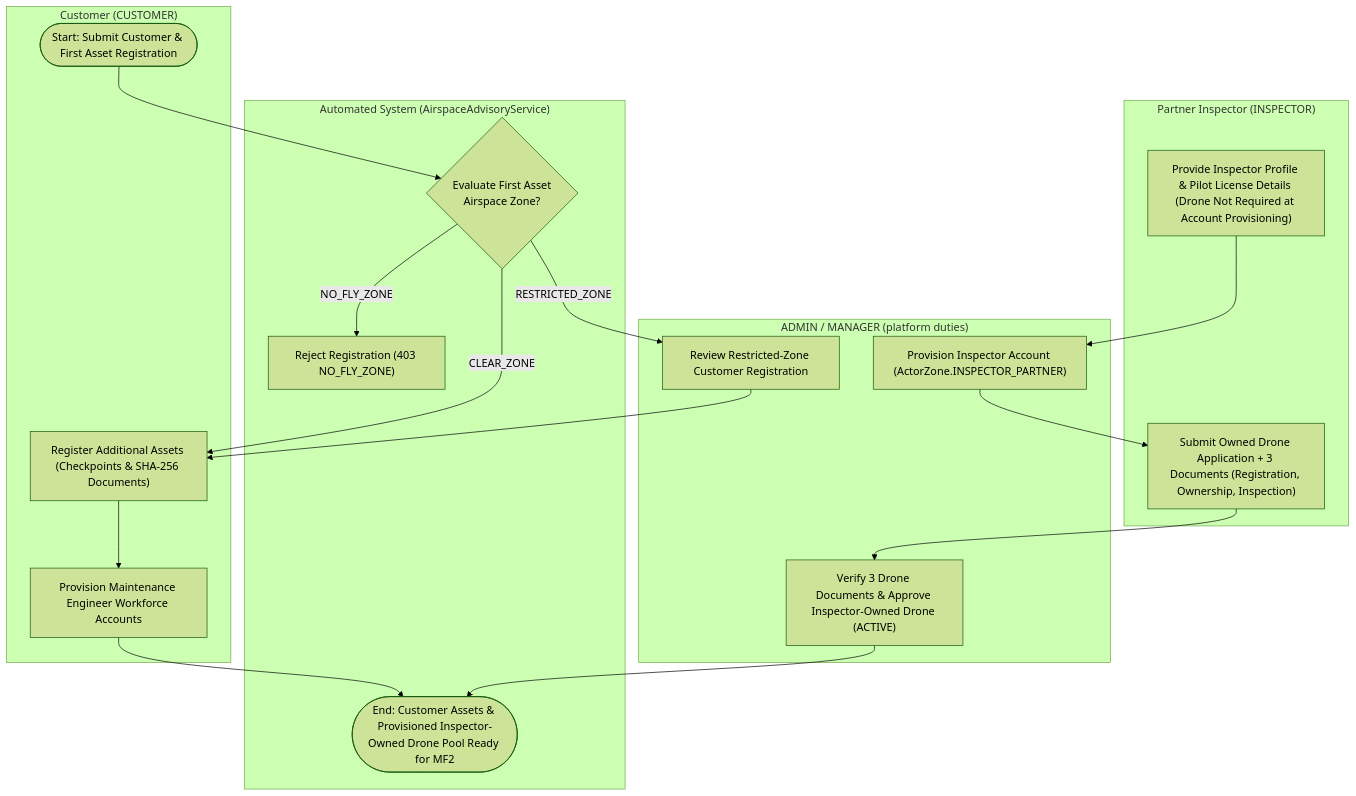
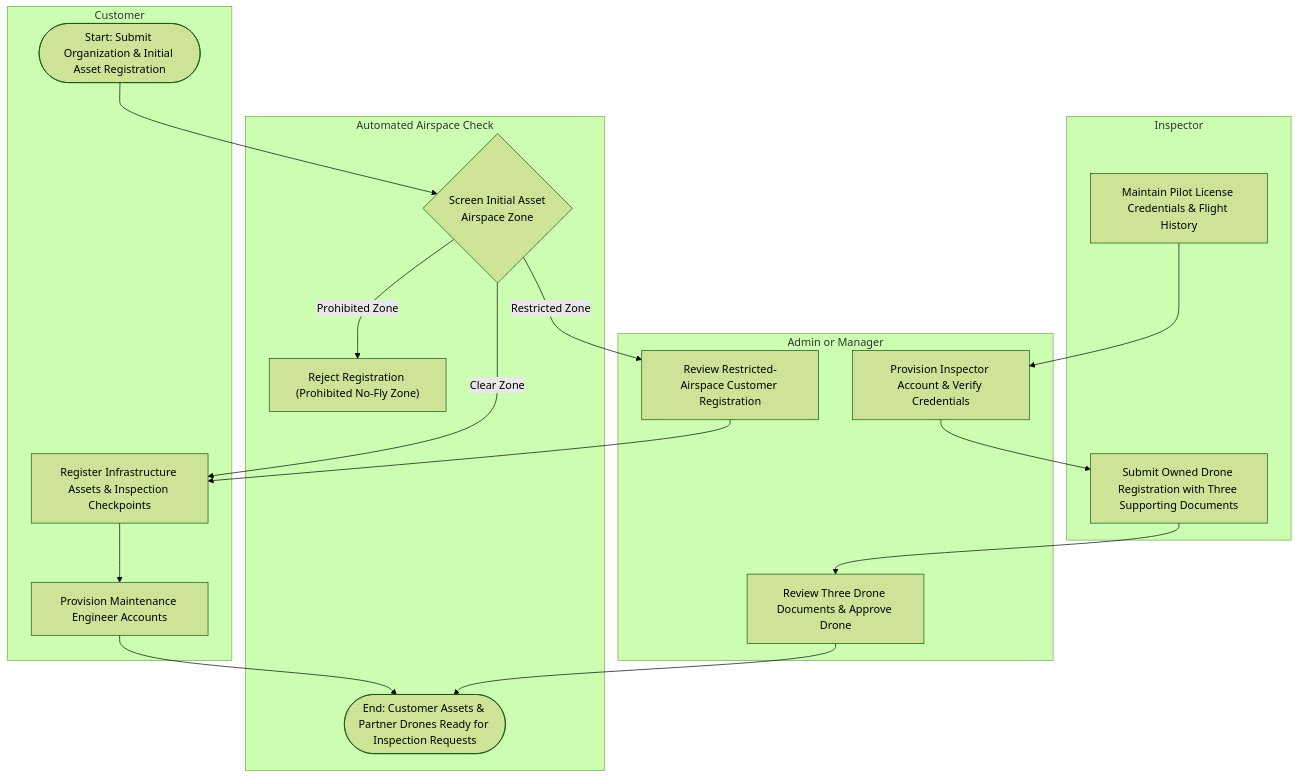
One commit to tungbach12/SmartDroneInspection-Docs changed the sixth of 23 diagrams in reports/report-4-software-design-document/03-detailed-design.md. Above: the diagram before and after it, drawn with Mermaid (forest theme). The commit also changed other lines of this file and 206 other files, not shown here.

First line of the commit message:
docs(reports): synchronize Report 1-5 changes, update diagrams, and clean exports

````diff
--- a/reports/report-4-software-design-document/03-detailed-design.md
+++ b/reports/report-4-software-design-document/03-detailed-design.md
@@ -310,32 +260,32 @@
 ```mermaid
-%% title: WF-01 Activity Diagram - Customer Airspace and Partner Onboarding, Asset and Drone Registry
+%% title: WF-01 Activity Diagram - Onboarding, Asset and Drone Registry
 flowchart TD
-  subgraph CU1["Customer (CUSTOMER)"]
-    A1(["Start: Submit Customer & First Asset Registration"])
-    A5["Register Additional Assets (Checkpoints & SHA-256 Documents)"]
-    A6["Provision Maintenance Engineer Workforce Accounts"]
+  subgraph CU1["Customer"]
+    A1(["Start: Submit Organization & Initial Asset Registration"])
+    A5["Register Infrastructure Assets & Inspection Checkpoints"]
+    A6["Provision Maintenance Engineer Accounts"]
   end
 
-  subgraph IN1["Partner Inspector (INSPECTOR)"]
-    A7["Provide Inspector Profile & Pilot License Details (Drone Not Required at Account Provisioning)"]
-    A9["Submit Owned Drone Application + 3 Documents (Registration, Ownership, Inspection)"]
+  subgraph IN1["Inspector"]
+    A7["Maintain Pilot License Credentials & Flight History"]
+    A9["Submit Owned Drone Registration with Three Supporting Documents"]
   end
 
-  subgraph ADM1["ADMIN / MANAGER (platform duties)"]
-    A3["Review Restricted-Zone Customer Registration"]
-    A8["Provision Inspector Account (ActorZone.INSPECTOR_PARTNER)"]
-    A10["Verify 3 Drone Documents & Approve Inspector-Owned Drone (ACTIVE)"]
+  subgraph ADM1["Admin or Manager"]
+    A3["Review Restricted-Airspace Customer Registration"]
+    A8["Provision Inspector Account & Verify Credentials"]
+    A10["Review Three Drone Documents & Approve Drone"]
   end
 
-  subgraph SYS1["Automated System (AirspaceAdvisoryService)"]
-    A2{"Evaluate First Asset\nAirspace Zone?"}
-    A4["Reject Registration (403 NO_FLY_ZONE)"]
-    A11(["End: Customer Assets & Provisioned Inspector-Owned Drone Pool Ready for MF2"])
+  subgraph SYS1["Automated Airspace Check"]
+    A2{"Screen Initial Asset\nAirspace Zone"}
+    A4["Reject Registration (Prohibited No-Fly Zone)"]
+    A11(["End: Customer Assets & Partner Drones Ready for Inspection Requests"])
   end
 
   A1 --> A2
-  A2 -->|"NO_FLY_ZONE"| A4
-  A2 -->|"RESTRICTED_ZONE"| A3 --> A5
-  A2 -->|"CLEAR_ZONE"| A5 --> A6 --> A11
+  A2 -->|"Prohibited Zone"| A4
+  A2 -->|"Restricted Zone"| A3 --> A5
+  A2 -->|"Clear Zone"| A5 --> A6 --> A11
   A7 --> A8 --> A9 --> A10 --> A11
 ```
````
